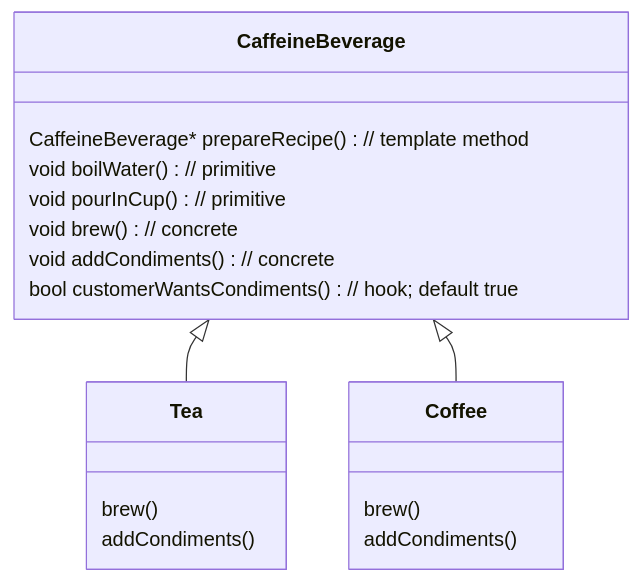
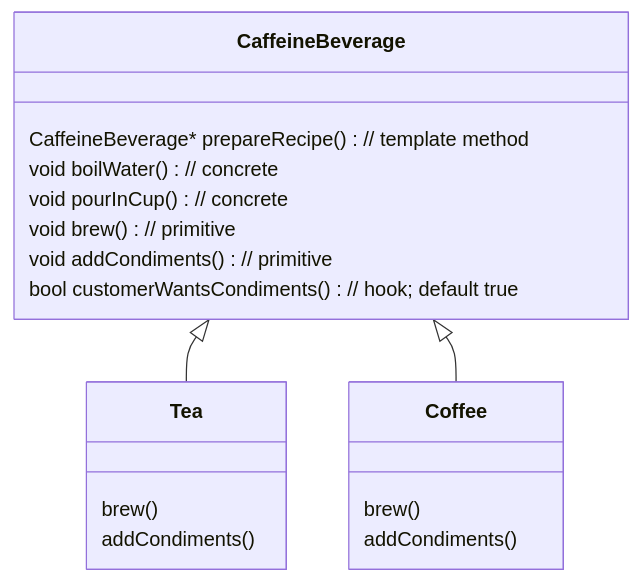
Before and after one commit to akormous/design-patterns: the diagram in Code/TemplatePattern/README.md, drawn with Mermaid.

````diff
--- a/Code/TemplatePattern/README.md
+++ b/Code/TemplatePattern/README.md
@@ -5,26 +5,26 @@
 ```mermaid
 classDiagram
 
 class CaffeineBeverage {
     CaffeineBeverage* prepareRecipe() // template method
-    void boilWater() // primitive
-    void pourInCup() // primitive
-    void brew() // concrete
-    void addCondiments() // concrete
+    void boilWater() // concrete
+    void pourInCup() // concrete
+    void brew() // primitive
+    void addCondiments() // primitive
     bool customerWantsCondiments() // hook; default true
 }
 
 class Tea {
     brew()
     addCondiments()
 }
 
 class Coffee {
     brew()
     addCondiments()
 }
 
 CaffeineBeverage <|-- Tea
 CaffeineBeverage <|-- Coffee
 
 ```
````
